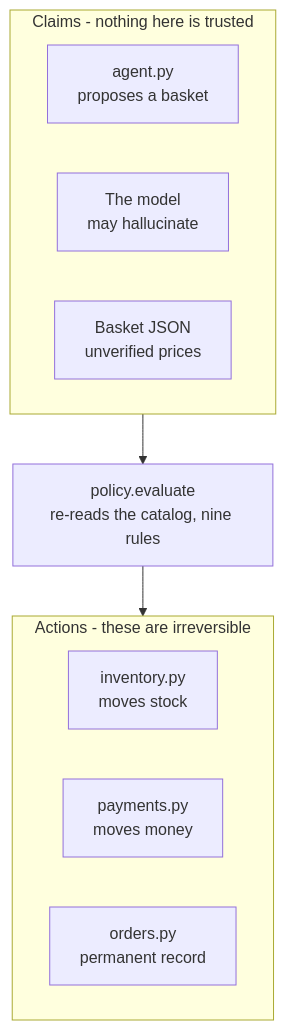
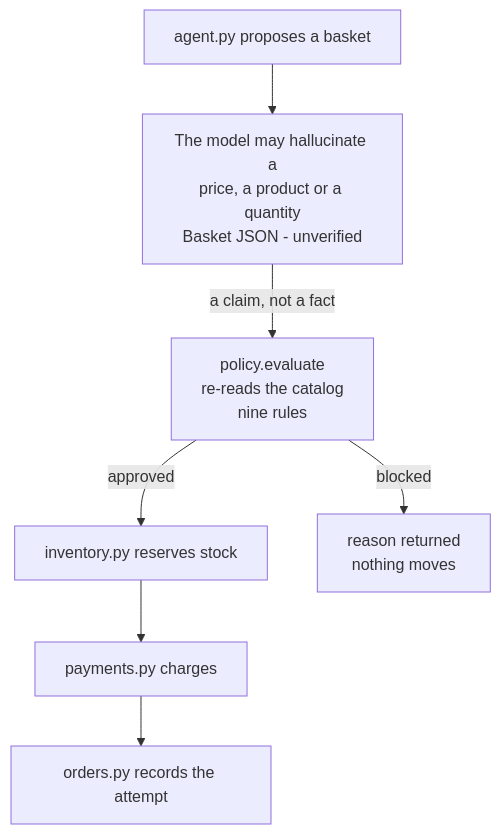
One commit to akriti706/Agentic-Bakery changed the second of 8 diagrams in ARCHITECTURE.MD. Above: the diagram before and after it, drawn with Mermaid. The commit also changed other lines of this file and 2 other files, not shown here.

````diff
--- a/ARCHITECTURE.MD
+++ b/ARCHITECTURE.MD
@@ -137,15 +142,11 @@
 ```mermaid
 flowchart TD
-    subgraph claims [Claims - nothing here is trusted]
-        A[agent.py<br/>proposes a basket]
-        B[The model<br/>may hallucinate]
-        C[Basket JSON<br/>unverified prices]
-    end
-    claims --> GATE[policy.evaluate<br/>re-reads the catalog, nine rules]
-    GATE --> actions
-    subgraph actions [Actions - these are irreversible]
-        D[inventory.py<br/>moves stock]
-        E[payments.py<br/>moves money]
-        F[orders.py<br/>permanent record]
-    end
+    A[agent.py proposes a basket]
+    B[The model may hallucinate a<br/>price, a product or a quantity</br>Basket JSON - unverified]
+    A --> B
+    B -->|a claim, not a fact| GATE[policy.evaluate<br/>re-reads the catalog<br/>nine rules]
+    GATE -->|approved| D[inventory.py reserves stock]
+    D --> E[payments.py charges]
+    E --> F[orders.py records the attempt]
+    GATE -->|blocked| G[reason returned<br/>nothing moves]
 ```
````
